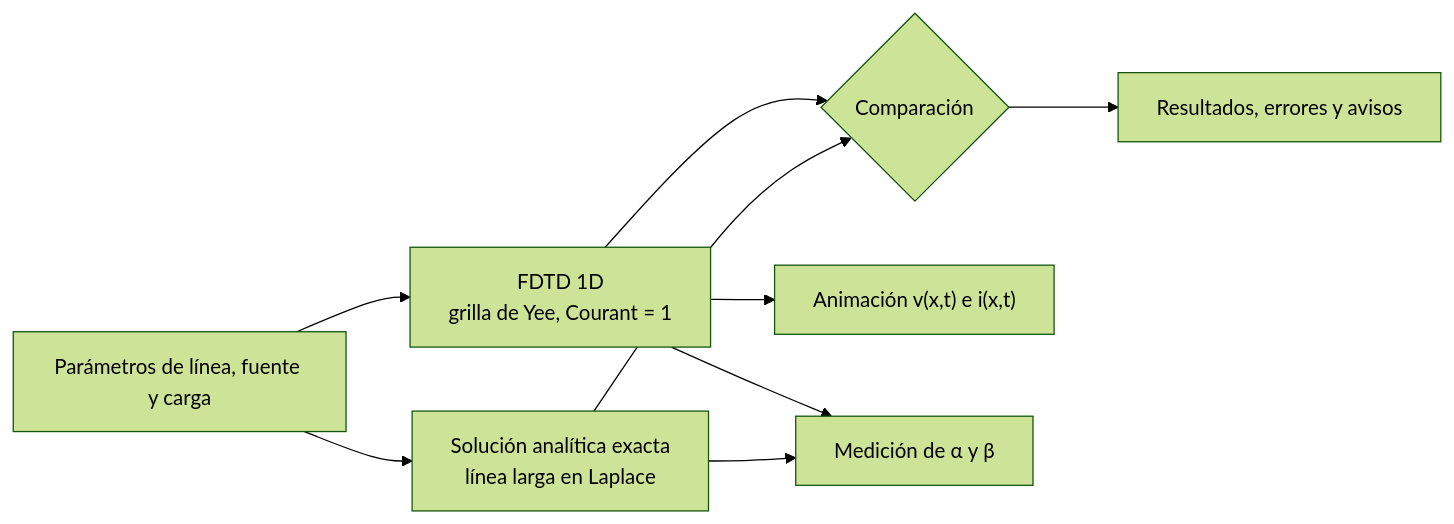
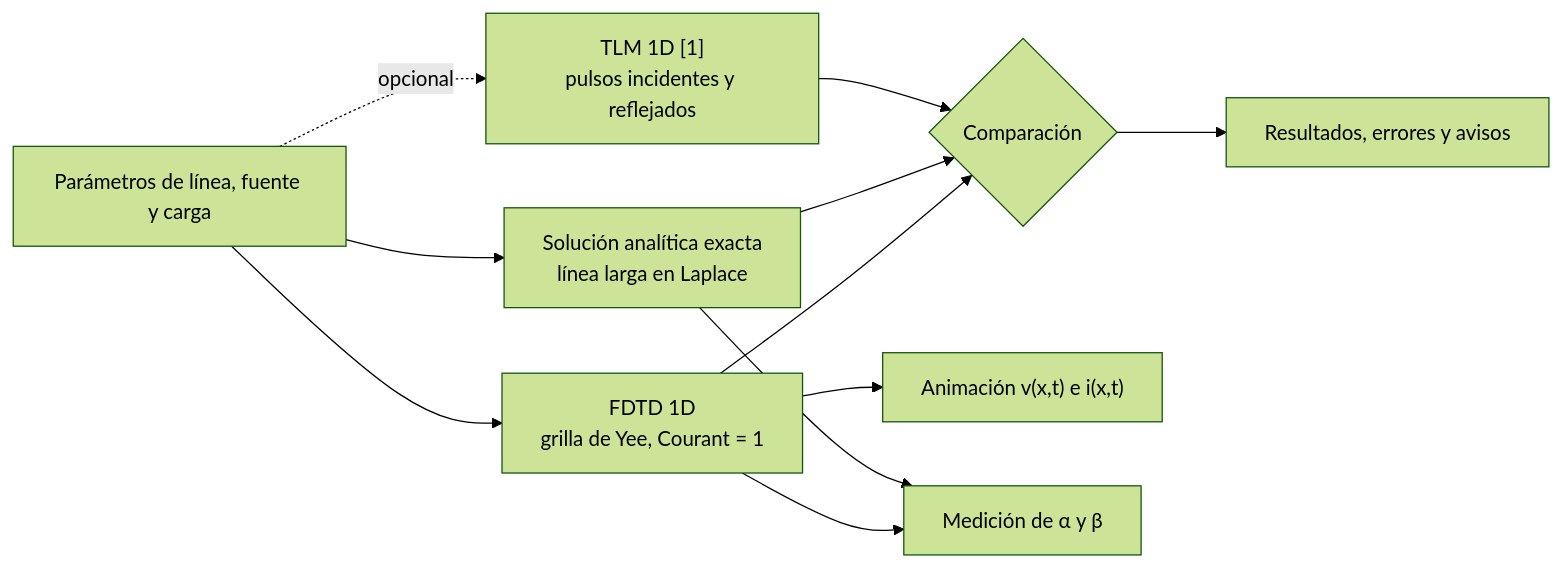
The diagram in README.md (JorgeArielSantillan/simulador-lineas-transmision), drawn with Mermaid (forest theme) before and after one commit. The commit also changed other lines of this file and 3 other files, not shown here.

````diff
--- a/README.md
+++ b/README.md
@@ -79,11 +93,13 @@
 ```mermaid
 flowchart LR
     U["Parámetros de línea, fuente y carga"] --> F["FDTD 1D<br/>grilla de Yee, Courant = 1"]
     U --> A["Solución analítica exacta<br/>línea larga en Laplace"]
     F --> C{"Comparación"}
     A --> C
     C --> R["Resultados, errores y avisos"]
     F --> AN["Animación v(x,t) e i(x,t)"]
     F --> P["Medición de α y β"]
     A --> P
+    U -. opcional .-> T["TLM 1D [1]<br/>pulsos incidentes y reflejados"]
+    T --> C
 ```
````
